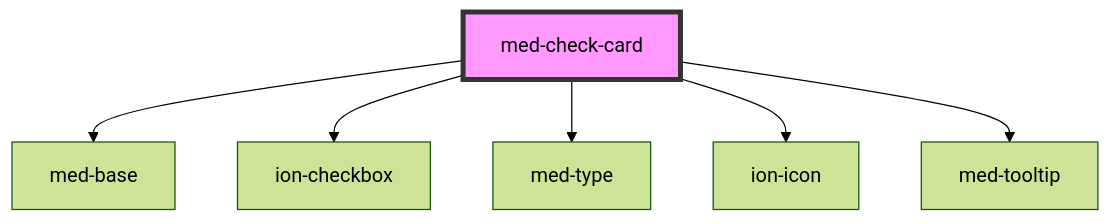
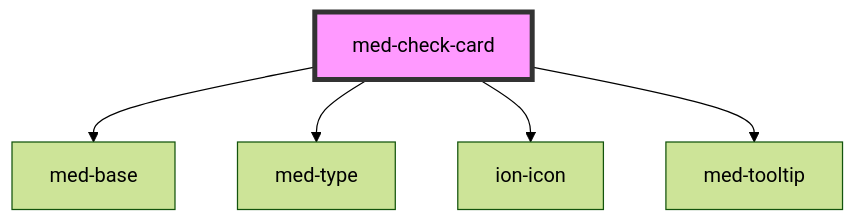
The diagram in core/src/components/@medgrupo/compositions/med-check-card/readme.md (MEDGRUPOGIT/ionic-framework-1), drawn with Mermaid (forest theme) before and after one commit. The commit also changed other lines of this file and 19 other files, not shown here.

````diff
--- a/core/src/components/@medgrupo/compositions/med-check-card/readme.md
+++ b/core/src/components/@medgrupo/compositions/med-check-card/readme.md
@@ -35,9 +36,8 @@
 ```mermaid
 graph TD;
   med-check-card --> med-base
-  med-check-card --> ion-checkbox
   med-check-card --> med-type
   med-check-card --> ion-icon
   med-check-card --> med-tooltip
   style med-check-card fill:#f9f,stroke:#333,stroke-width:4px
 ```
````
